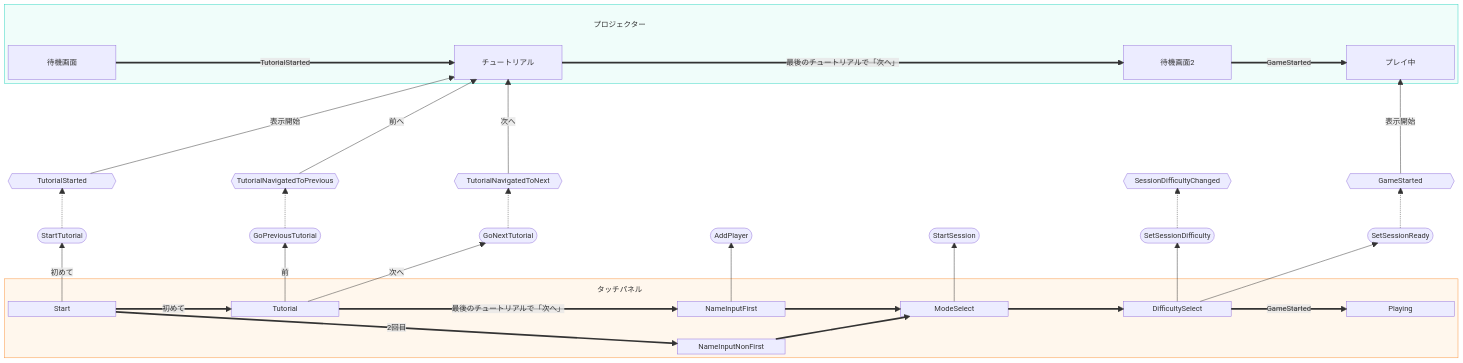
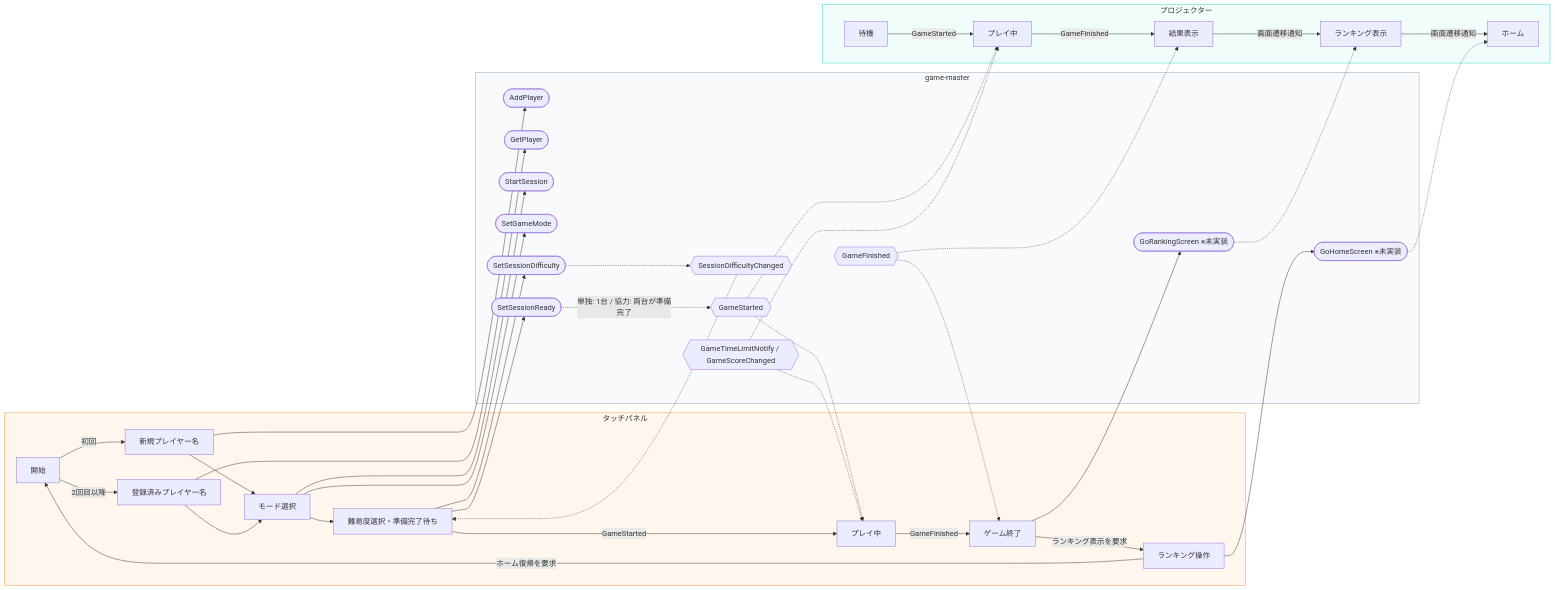
One commit to TK75Attractions/struckout changed the diagram in docs/diagrams/data_flow.mmd. Above: the diagram before and after it, drawn with Mermaid. The commit also changed 2 other files, not shown here.

Commit message:
docs(touchpanel): Update multi-play flow and controls
Describe the new session setup, server-driven state and projector navigation buttons. Replace the planned tutorial path in the data-flow diagram and regenerate its SVG.

```diff
--- a/docs/diagrams/data_flow.mmd
+++ b/docs/diagrams/data_flow.mmd
@@ -1,73 +1,73 @@
-block-beta
-    %% 外部への接続で画面遷移の方向が変わらないよう、行と列を明示する。
-    columns 1
-    block:Projector
-        columns 13
-        space:5 ProjectorTitle["プロジェクター"] space:7
-        Waiting1["待機画面"] space:3 ProjectorTutorial["チュートリアル"] space:5 Waiting2["待機画面2"] space ProjectorPlaying["プレイ中"]
-    end
-    space
-    block:Events
-        columns 13
-        TutorialStarted{{"TutorialStarted"}} space TutorialNavigatedToPrevious{{"TutorialNavigatedToPrevious"}} space TutorialNavigatedToNext{{"TutorialNavigatedToNext"}} space:5 SessionDifficultyChanged{{"SessionDifficultyChanged"}} space GameStarted{{"GameStarted"}}
-    end
-    block:Commands
-        columns 13
-        StartTutorial(["StartTutorial"]) space GoPreviousTutorial(["GoPreviousTutorial"]) space GoNextTutorial(["GoNextTutorial"]) space AddPlayer(["AddPlayer"]) space StartSession(["StartSession"]) space SetSessionDifficulty(["SetSessionDifficulty"]) space SetSessionReady(["SetSessionReady"])
-    end
-    block:TouchPanel
-        columns 13
-        space:5 TouchPanelTitle["タッチパネル"] space:7
-        Start["Start"] space Tutorial["Tutorial"] space:3 NameInputFirst["NameInputFirst"] space ModeSelect["ModeSelect"] space DifficultySelect["DifficultySelect"] space Playing["Playing"]
-        space:13
-        space:6 NameInputNonFirst["NameInputNonFirst"] space:6
+flowchart LR
+    subgraph Touchpanel["タッチパネル"]
+        Start["開始"]
+        NewName["新規プレイヤー名"]
+        ExistingName["登録済みプレイヤー名"]
+        Mode["モード選択"]
+        Difficulty["難易度選択・準備完了待ち"]
+        Playing["プレイ中"]
+        Finished["ゲーム終了"]
+        RankingControl["ランキング操作"]
+
+        Start -->|初回| NewName
+        Start -->|2回目以降| ExistingName
+        NewName --> Mode
+        ExistingName --> Mode
+        Mode --> Difficulty
+        Difficulty -->|GameStarted| Playing
+        Playing -->|GameFinished| Finished
+        Finished -->|ランキング表示を要求| RankingControl
+        RankingControl -->|ホーム復帰を要求| Start
     end
 
-    %% 画面遷移（左から右）
-    Waiting1 == "TutorialStarted" ==> ProjectorTutorial
-    ProjectorTutorial == "最後のチュートリアルで「次へ」" ==> Waiting2
-    Waiting2 == "GameStarted" ==> ProjectorPlaying
-    Start == "初めて" ==> Tutorial
-    Start == "2回目" ==> NameInputNonFirst
-    Tutorial == "最後のチュートリアルで「次へ」" ==> NameInputFirst
-    NameInputFirst ==> ModeSelect
-    NameInputNonFirst ==> ModeSelect
-    ModeSelect ==> DifficultySelect
-    DifficultySelect == "GameStarted" ==> Playing
+    subgraph GameMaster["game-master"]
+        AddPlayer(["AddPlayer"])
+        GetPlayer(["GetPlayer"])
+        StartSession(["StartSession"])
+        SetGameMode(["SetGameMode"])
+        SetSessionDifficulty(["SetSessionDifficulty"])
+        SetSessionReady(["SetSessionReady"])
+        DifficultyChanged{{"SessionDifficultyChanged"}}
+        GameStarted{{"GameStarted"}}
+        GameTimeAndScore{{"GameTimeLimitNotify / GameScoreChanged"}}
+        GameFinished{{"GameFinished"}}
+        GoRankingScreen(["GoRankingScreen ※未実装"])
+        GoHomeScreen(["GoHomeScreen ※未実装"])
+    end
 
-    %% チュートリアル開始
-    Start -- "初めて" --> StartTutorial
-    StartTutorial -.-> TutorialStarted
-    TutorialStarted -- "表示開始" --> ProjectorTutorial
+    subgraph Projector["プロジェクター"]
+        ProjectorWaiting["待機"]
+        ProjectorPlaying["プレイ中"]
+        ProjectorScore["結果表示"]
+        ProjectorRanking["ランキング表示"]
+        ProjectorHome["ホーム"]
 
-    %% チュートリアルの前のページへ
-    Tutorial -- "前" --> GoPreviousTutorial
-    GoPreviousTutorial -.-> TutorialNavigatedToPrevious
-    TutorialNavigatedToPrevious -- "前へ" --> ProjectorTutorial
+        ProjectorWaiting -->|GameStarted| ProjectorPlaying
+        ProjectorPlaying -->|GameFinished| ProjectorScore
+        ProjectorScore -->|画面遷移通知| ProjectorRanking
+        ProjectorRanking -->|画面遷移通知| ProjectorHome
+    end
 
-    %% チュートリアルの次のページへ
-    Tutorial -- "次へ" --> GoNextTutorial
-    GoNextTutorial -.-> TutorialNavigatedToNext
-    TutorialNavigatedToNext -- "次へ" --> ProjectorTutorial
+    NewName --> AddPlayer
+    ExistingName --> GetPlayer
+    Mode --> StartSession
+    Mode --> SetGameMode
+    Difficulty --> SetSessionDifficulty
+    SetSessionDifficulty -.-> DifficultyChanged
+    DifficultyChanged -.-> Difficulty
+    Difficulty --> SetSessionReady
+    SetSessionReady -.->|単独: 1台 / 協力: 両台が準備完了| GameStarted
+    GameStarted -.-> Playing
+    GameStarted -.-> ProjectorPlaying
+    GameTimeAndScore -.-> Playing
+    GameTimeAndScore -.-> ProjectorPlaying
+    GameFinished -.-> Finished
+    GameFinished -.-> ProjectorScore
+    Finished --> GoRankingScreen
+    RankingControl --> GoHomeScreen
+    GoRankingScreen -.-> ProjectorRanking
+    GoHomeScreen -.-> ProjectorHome
 
-    %% プレイヤー登録
-    NameInputFirst --> AddPlayer
-
-    %% セッション開始
-    ModeSelect --> StartSession
-
-    %% 難易度設定
-    DifficultySelect --> SetSessionDifficulty
-    SetSessionDifficulty -.-> SessionDifficultyChanged
-
-    %% ゲーム開始
-    DifficultySelect --> SetSessionReady
-    SetSessionReady -.-> GameStarted
-    GameStarted -- "表示開始" --> ProjectorPlaying
-
-    style Events fill:none,stroke:none
-    style Commands fill:none,stroke:none
+    style Touchpanel fill:#FFF7ED,stroke:#FB923C
+    style GameMaster fill:#F8FAFC,stroke:#94A3B8
     style Projector fill:#F0FDFA,stroke:#2DD4BF
-    style TouchPanel fill:#FFF7ED,stroke:#FB923C
-    style ProjectorTitle fill:none,stroke:none
-    style TouchPanelTitle fill:none,stroke:none
```
